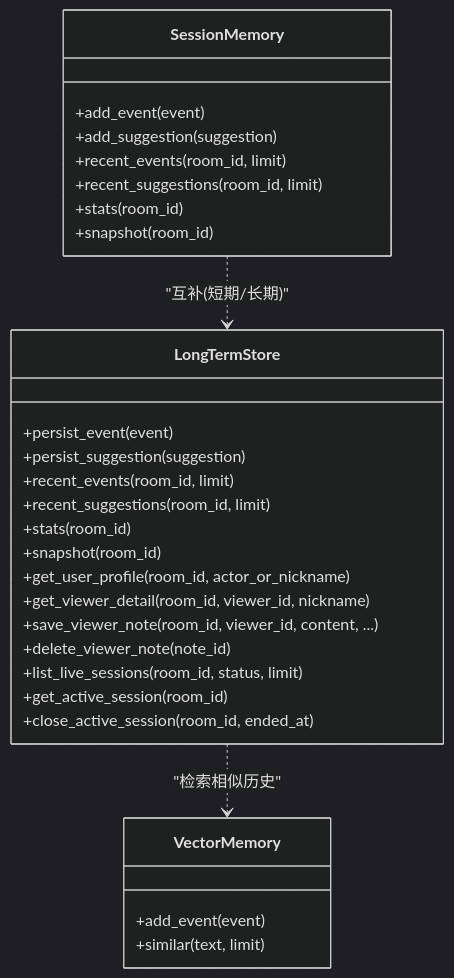
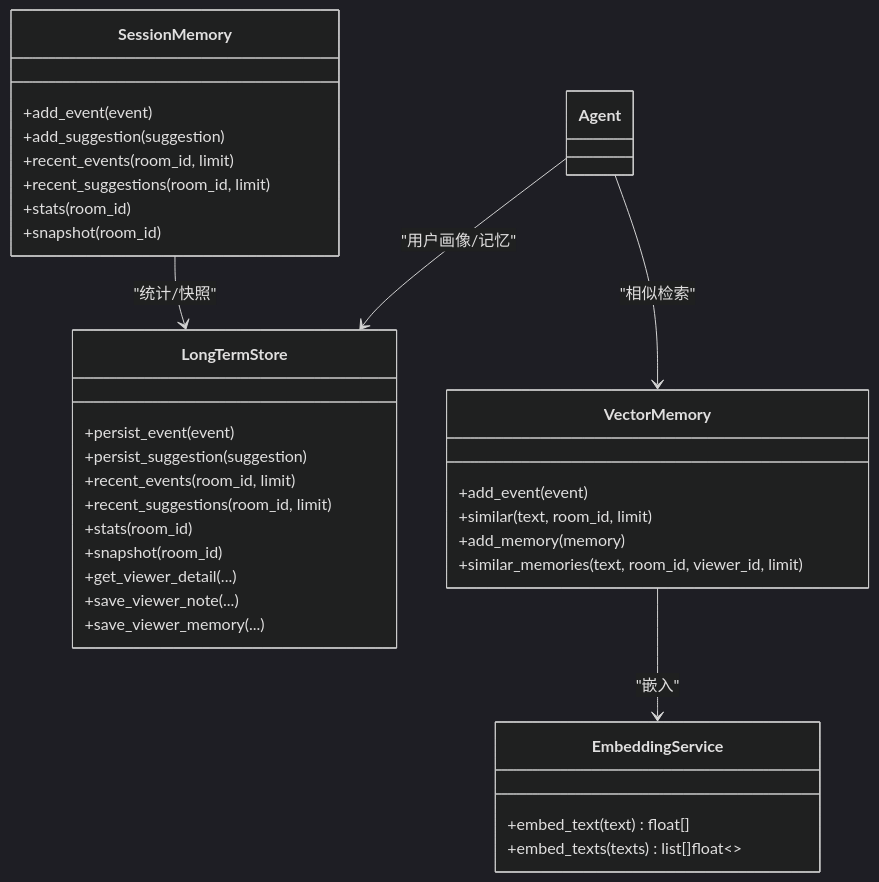
One commit to Moon-Force/DouYin_llm changed the sixth of 9 diagrams in .qoder/repowiki/zh/content/系统架构/系统架构.md. Above: the diagram before and after it, drawn with Mermaid (dark theme). The commit also changed other lines of this file and 218 other files, not shown here.

````diff
--- a/.qoder/repowiki/zh/content/系统架构/系统架构.md
+++ b/.qoder/repowiki/zh/content/系统架构/系统架构.md
@@ -211,32 +263,36 @@
 ```mermaid
 classDiagram
 class SessionMemory {
 +add_event(event)
 +add_suggestion(suggestion)
 +recent_events(room_id, limit)
 +recent_suggestions(room_id, limit)
 +stats(room_id)
 +snapshot(room_id)
 }
 class LongTermStore {
 +persist_event(event)
 +persist_suggestion(suggestion)
 +recent_events(room_id, limit)
 +recent_suggestions(room_id, limit)
 +stats(room_id)
 +snapshot(room_id)
-+get_user_profile(room_id, actor_or_nickname)
-+get_viewer_detail(room_id, viewer_id, nickname)
-+save_viewer_note(room_id, viewer_id, content, ...)
-+delete_viewer_note(note_id)
-+list_live_sessions(room_id, status, limit)
-+get_active_session(room_id)
-+close_active_session(room_id, ended_at)
++get_viewer_detail(...)
++save_viewer_note(...)
++save_viewer_memory(...)
 }
 class VectorMemory {
 +add_event(event)
-+similar(text, limit)
++similar(text, room_id, limit)
++add_memory(memory)
++similar_memories(text, room_id, viewer_id, limit)
 }
-SessionMemory ..> LongTermStore : "互补(短期/长期)"
-LongTermStore ..> VectorMemory : "检索相似历史"
+class EmbeddingService {
++embed_text(text) float[]
++embed_texts(texts) list[]float~~
+}
+SessionMemory --> LongTermStore : "统计/快照"
+Agent --> VectorMemory : "相似检索"
+Agent --> LongTermStore : "用户画像/记忆"
+VectorMemory --> EmbeddingService : "嵌入"
 ```
````
